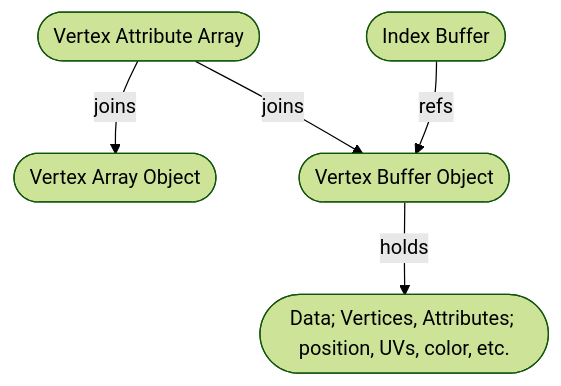
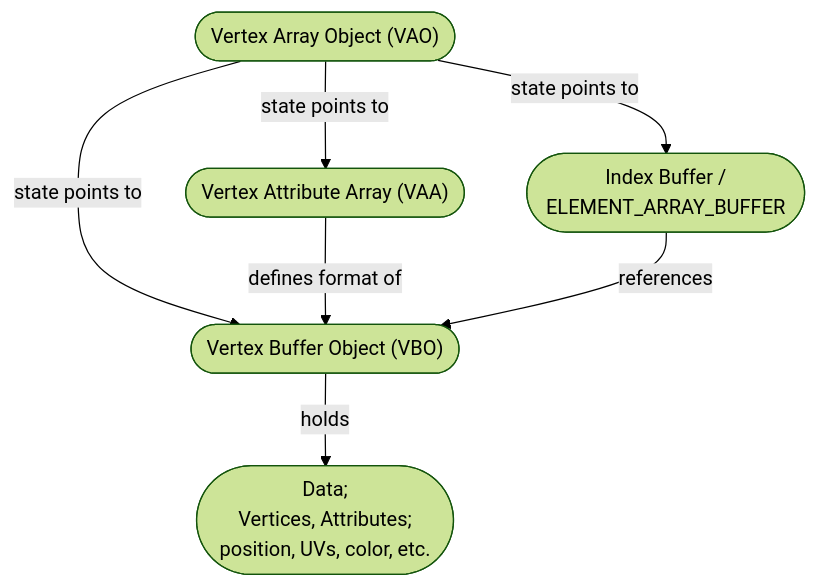
Before and after one commit to mikesmullin/cpp17-win32-glfw-opengl: the diagram in notes.md, drawn with Mermaid (forest theme). The commit also changed other lines of this file and 1 other file, not shown here.

Commit message:
demonstrate that Index Buffer is also part of VAO state

````diff
--- a/notes.md
+++ b/notes.md
@@ -16,11 +17,12 @@
 ```mermaid
 graph TD
-  vao([Vertex Array Object])
-  vbo([Vertex Buffer Object])
-  ib([Index Buffer])
-  vaa([Vertex Attribute Array])
-  v(["Data; Vertices, Attributes; position, UVs, color, etc."])
+  vao(["Vertex Array Object (VAO)"])
+  vbo(["Vertex Buffer Object (VBO)"])
+  ib([Index Buffer /<br/>ELEMENT_ARRAY_BUFFER])
+  vaa(["Vertex Attribute Array (VAA)"])
+  v(["Data;<br/>Vertices, Attributes;<br/>position, UVs, color, etc."])
 
-  vaa -->|joins| vao & vbo
-  ib -->|refs| vbo -->|holds| v
+  vao -->|state points to| vaa & vbo & ib
+  vaa -->|defines format of| vbo
+  ib -->|references| vbo -->|holds| v
 ```
````
